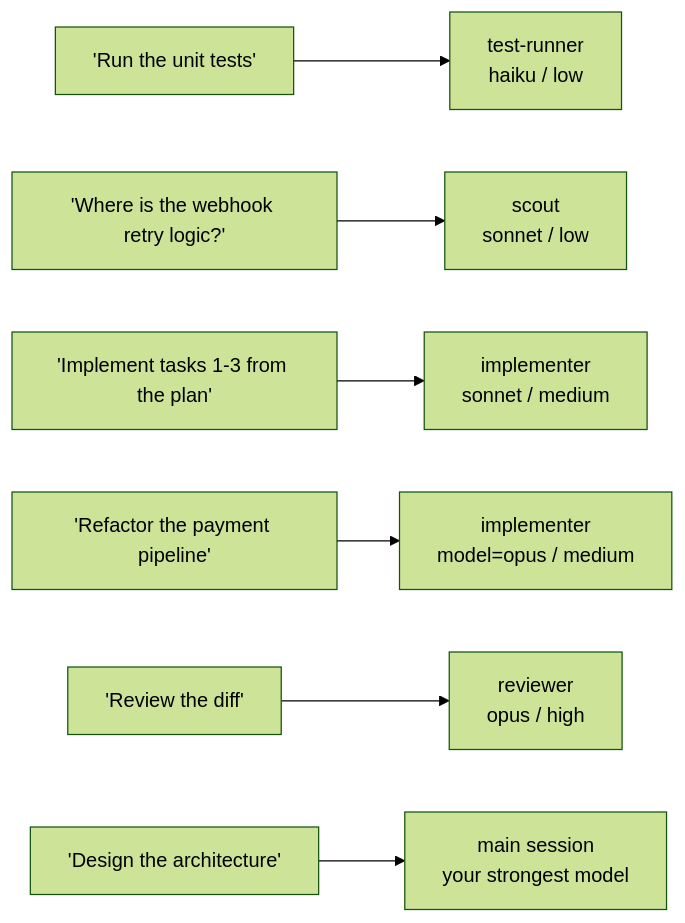
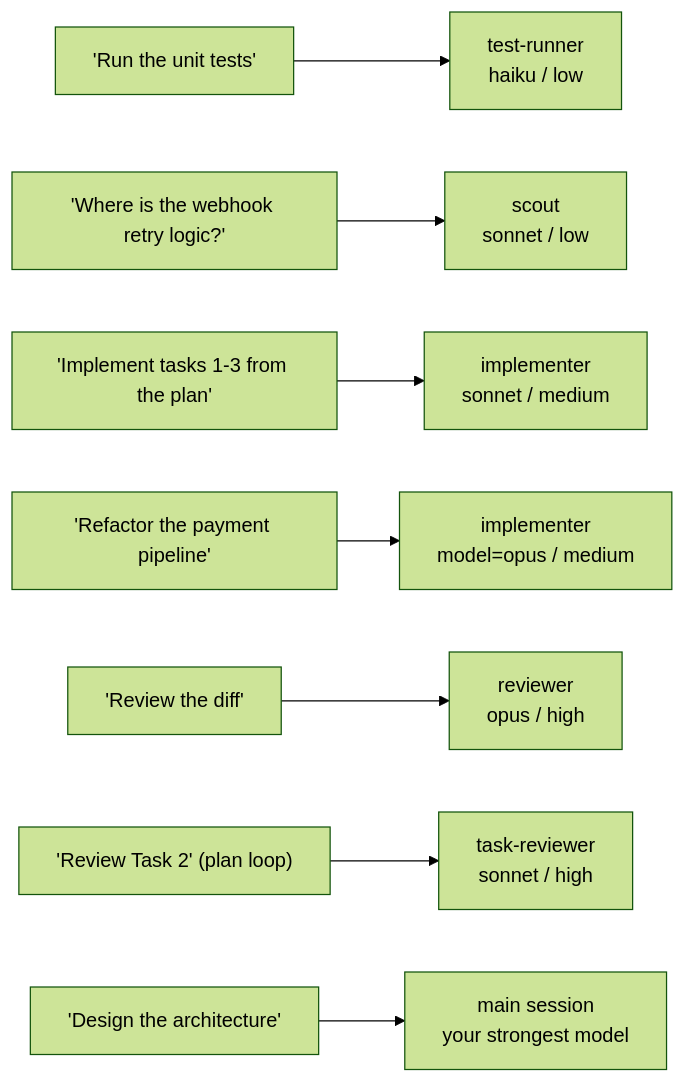
The third of 3 diagrams in README.md (AqueGen/model-routing), drawn with Mermaid (forest theme) before and after one commit. The commit also changed other lines of this file and 8 other files, not shown here.

````diff
--- a/README.md
+++ b/README.md
@@ -195,9 +196,10 @@
 ```mermaid
 flowchart LR
     A["'Run the unit tests'"] --> TR["test-runner<br/>haiku / low"]
     B["'Where is the webhook retry logic?'"] --> SC["scout<br/>sonnet / low"]
     C["'Implement tasks 1-3 from the plan'"] --> IM["implementer<br/>sonnet / medium"]
     D["'Refactor the payment pipeline'"] --> IMO["implementer<br/>model=opus / medium"]
     E["'Review the diff'"] --> RV["reviewer<br/>opus / high"]
+    G["'Review Task 2' (plan loop)"] --> TRV["task-reviewer<br/>sonnet / high"]
     F["'Design the architecture'"] --> MS["main session<br/>your strongest model"]
 ```
````
